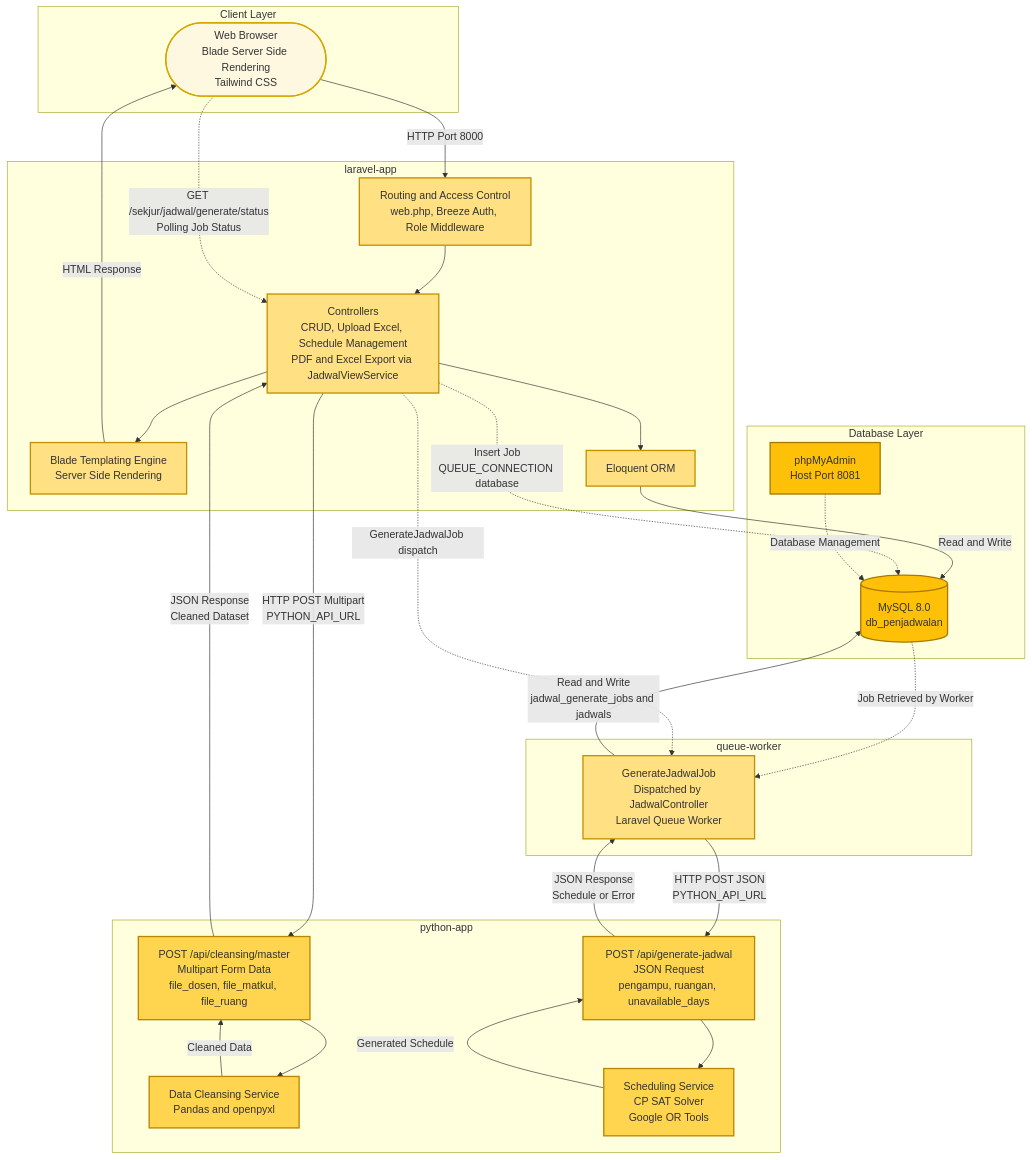
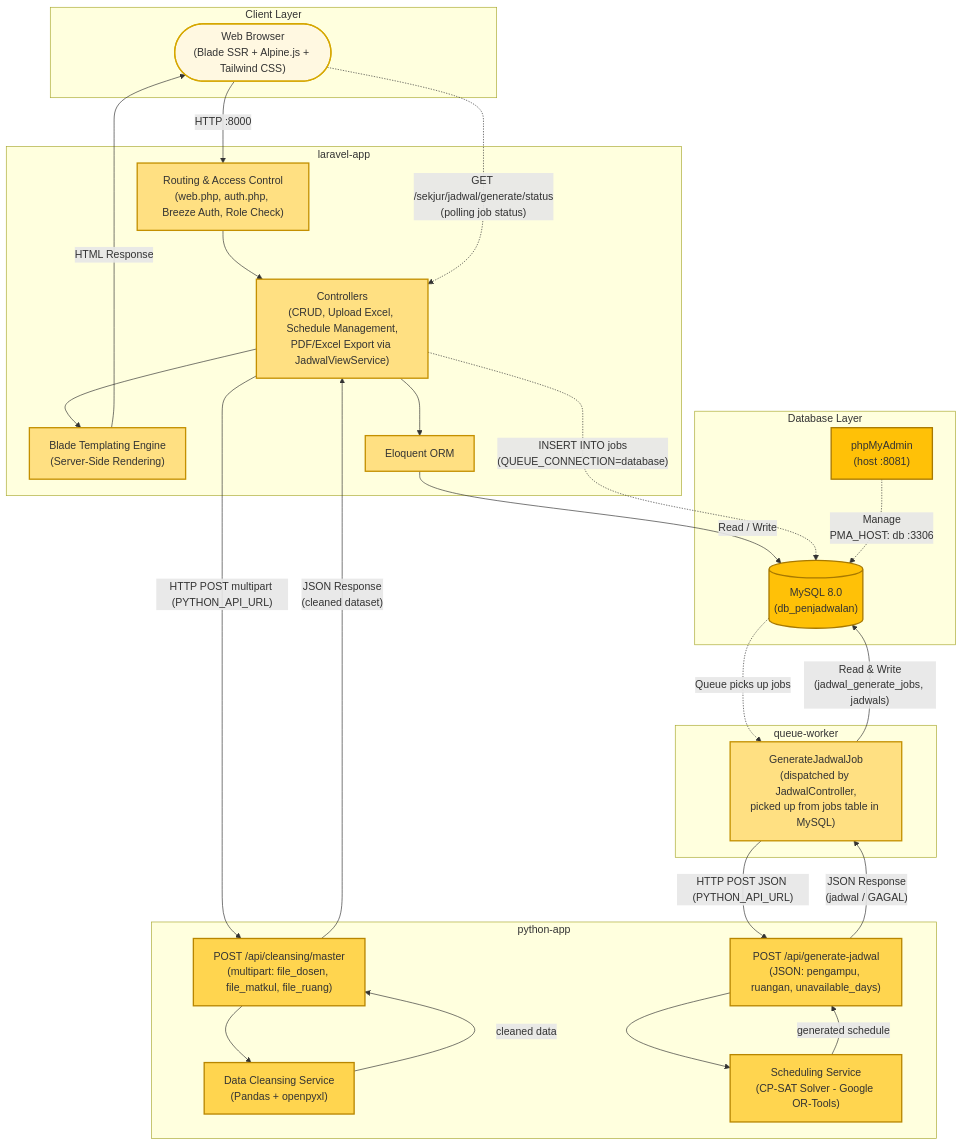
One commit to afiffaizin/sistem-penjadwalan changed the first of 2 diagrams in README.md. Above: the diagram before and after it, drawn with Mermaid. The commit also changed other lines of this file and 1 other file, not shown here.

Commit message:
docs: update Readme (Testing, Dependencies Utama)

````diff
--- a/README.md
+++ b/README.md
@@ -264,6 +292,5 @@
 ```mermaid
 flowchart TD
-
     classDef client fill:#FFF8E1,stroke:#D6A700,stroke-width:2px,color:#333
     classDef laravel fill:#FFE082,stroke:#C49000,stroke-width:2px,color:#333
     classDef python fill:#FFD54F,stroke:#B88600,stroke-width:2px,color:#333
@@ -271,97 +298,69 @@
 
     %% Client Layer
     subgraph ClientLayer ["Client Layer"]
-        Browser(["Web Browser<br/>Blade Server Side Rendering<br/>Tailwind CSS"])
+        Browser(["Web Browser<br/>(Blade SSR + Alpine.js + Tailwind CSS)"])
     end
-
     class Browser client
 
     %% Laravel Application Layer
     subgraph LaravelLayer ["laravel-app"]
-        Routing["Routing and Access Control<br/>web.php, Breeze Auth, Role Middleware"]
-
-        Controllers["Controllers<br/>CRUD, Upload Excel, Schedule Management<br/>PDF and Excel Export via JadwalViewService"]
-
-        Blade["Blade Templating Engine<br/>Server Side Rendering"]
-
+        Routing["Routing & Access Control<br/>(web.php, auth.php, Breeze Auth, Role Check)"]
+        Controllers["Controllers<br/>(CRUD, Upload Excel, Schedule Management,<br/>PDF/Excel Export via JadwalViewService)"]
+        Blade["Blade Templating Engine<br/>(Server-Side Rendering)"]
         Eloquent["Eloquent ORM"]
     end
-
     class Routing,Controllers,Blade,Eloquent laravel
 
     %% Background Jobs
     subgraph InfraLayer ["queue-worker"]
-        Queue["GenerateJadwalJob<br/>Dispatched by JadwalController<br/>Laravel Queue Worker"]
+        Queue["GenerateJadwalJob<br/>(dispatched by JadwalController,<br/>picked up from jobs table in MySQL)"]
     end
-
     class Queue laravel
 
     %% Python Processing Service
     subgraph PythonLayer ["python-app"]
-        API_Cleansing["POST /api/cleansing/master<br/>Multipart Form Data<br/>file_dosen, file_matkul, file_ruang"]
-
-        API_Generate["POST /api/generate-jadwal<br/>JSON Request<br/>pengampu, ruangan, unavailable_days"]
-
-        Cleansing["Data Cleansing Service<br/>Pandas and openpyxl"]
-
-        Scheduler["Scheduling Service<br/>CP SAT Solver<br/>Google OR Tools"]
+        API_Cleansing["POST /api/cleansing/master<br/>(multipart: file_dosen, file_matkul, file_ruang)"]
+        API_Generate["POST /api/generate-jadwal<br/>(JSON: pengampu, ruangan, unavailable_days)"]
+        Cleansing["Data Cleansing Service<br/>(Pandas + openpyxl)"]
+        Scheduler["Scheduling Service<br/>(CP-SAT Solver - Google OR-Tools)"]
     end
-
     class API_Cleansing,API_Generate,Cleansing,Scheduler python
 
     %% Database Layer
     subgraph DBLayer ["Database Layer"]
-        MySQL[("MySQL 8.0<br/>db_penjadwalan")]
-
-        PMA["phpMyAdmin<br/>Host Port 8081"]
+        MySQL[("MySQL 8.0<br/>(db_penjadwalan)")]
+        PMA["phpMyAdmin<br/>(host :8081)"]
     end
-
     class MySQL,PMA database
 
-    %% Browser and Laravel
-    Browser -- "HTTP Port 8000" --> Routing
-
+    %% Browser ↔ Laravel
+    Browser -- "HTTP :8000" --> Routing
     Routing --> Controllers
-
     Controllers --> Blade
-
     Blade -- "HTML Response" --> Browser
 
-    %% Browser Job Status
-    Browser -. "GET /sekjur/jadwal/generate/status<br/>Polling Job Status" .-> Controllers
+    %% Browser polls job status via Laravel web route
+    Browser -. "GET /sekjur/jadwal/generate/status<br/>(polling job status)" .-> Controllers
 
-    %% Laravel and Database
+    %% Laravel ↔ DB (Eloquent + Queue broker)
     Controllers --> Eloquent
+    Eloquent -- "Read / Write" --> MySQL
+    Controllers -. "INSERT INTO jobs<br/>(QUEUE_CONNECTION=database)" .-> MySQL
+    MySQL -. "Queue picks up jobs" .-> Queue
+    Queue -- "Read & Write<br/>(jadwal_generate_jobs, jadwals)" --> MySQL
 
-    Eloquent -- "Read and Write" --> MySQL
+    %% UploadExcelController → FastAPI Cleansing
+    Controllers -- "HTTP POST multipart (PYTHON_API_URL)" --> API_Cleansing
+    API_Cleansing --> Cleansing
+    Cleansing -- "cleaned data" --> API_Cleansing
+    API_Cleansing -- "JSON Response<br/>(cleaned dataset)" --> Controllers
 
-    Controllers -. "Insert Job<br/>QUEUE_CONNECTION database" .-> MySQL
+    %% Queue Worker → FastAPI Generate
+    Queue -- "HTTP POST JSON (PYTHON_API_URL)" --> API_Generate
+    API_Generate --> Scheduler
+    Scheduler -- "generated schedule" --> API_Generate
+    API_Generate -- "JSON Response<br/>(jadwal / GAGAL)" --> Queue
 
-    MySQL -. "Job Retrieved by Worker" .-> Queue
-
-    Queue -- "Read and Write<br/>jadwal_generate_jobs and jadwals" --> MySQL
-
-    %% Controller Dispatches Queue
-    Controllers -. "GenerateJadwalJob dispatch" .-> Queue
-
-    %% Upload Excel and FastAPI Cleansing
-    Controllers -- "HTTP POST Multipart<br/>PYTHON_API_URL" --> API_Cleansing
-
-    API_Cleansing --> Cleansing
-
-    Cleansing -- "Cleaned Data" --> API_Cleansing
-
-    API_Cleansing -- "JSON Response<br/>Cleaned Dataset" --> Controllers
-
-    %% Queue Worker and FastAPI Scheduler
-    Queue -- "HTTP POST JSON<br/>PYTHON_API_URL" --> API_Generate
-
-    API_Generate --> Scheduler
-
-    Scheduler -- "Generated Schedule" --> API_Generate
-
-    API_Generate -- "JSON Response<br/>Schedule or Error" --> Queue
-
-    %% Database Management
-    PMA -. "Database Management" .-> MySQL
+    %% DB Management
+    PMA -. "Manage<br/>PMA_HOST: db :3306" .-> MySQL
 ```
````
